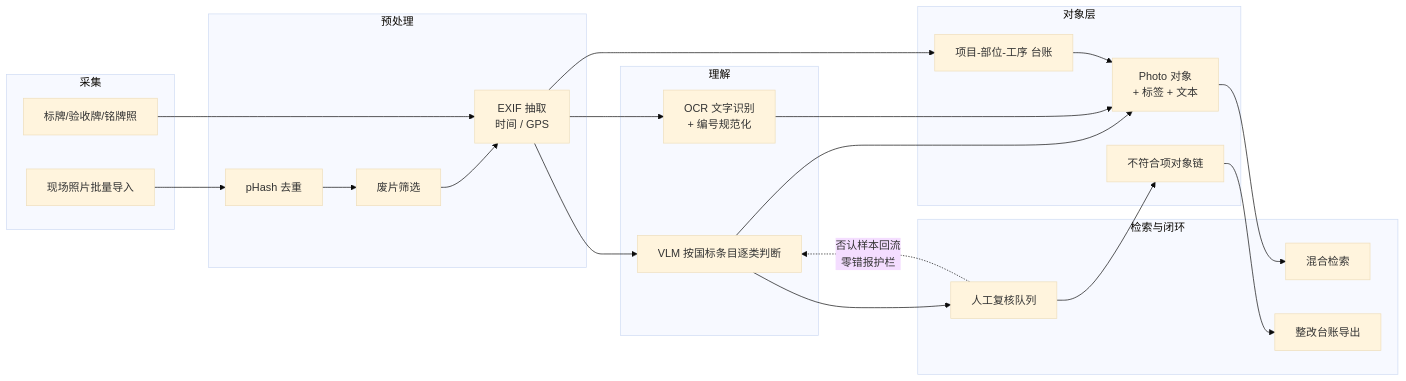
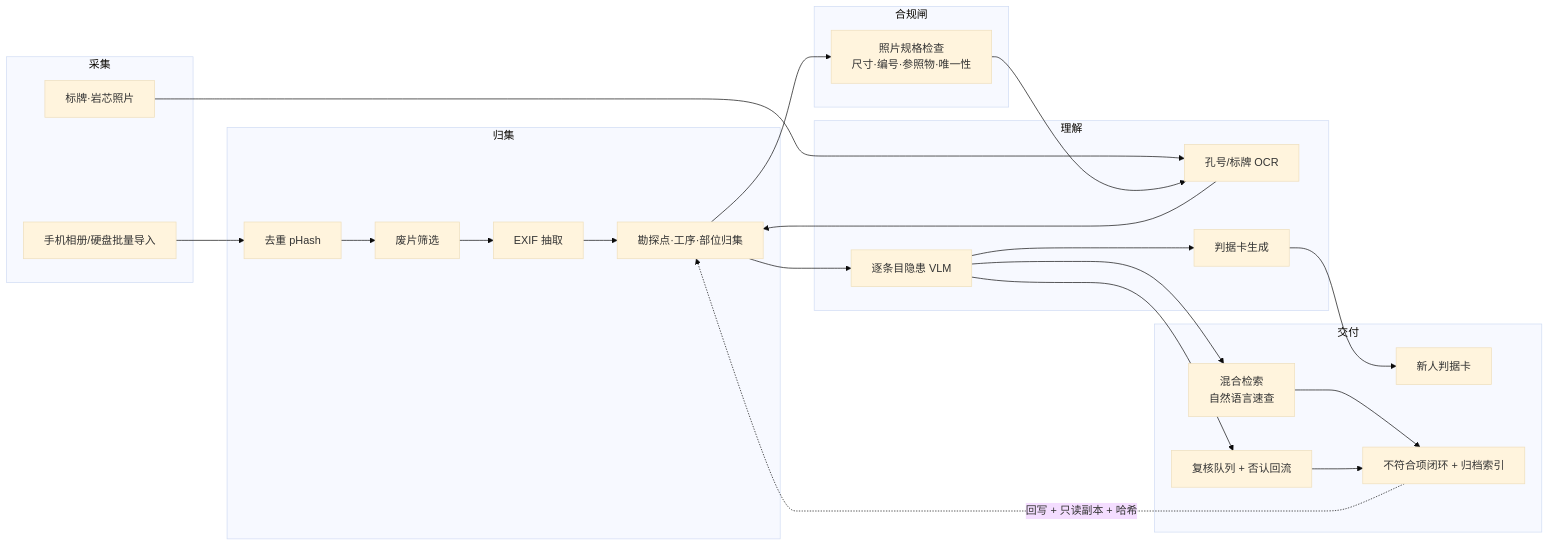
One commit to yhyu13/FDE20261023 changed the diagram in problems/05-山南勘测-现场照片隐患速查.md. Above: the diagram before and after it, drawn with Mermaid (base theme). The commit also changed other lines of this file and 5 other files, not shown here.

````diff
--- a/problems/05-山南勘测-现场照片隐患速查.md
+++ b/problems/05-山南勘测-现场照片隐患速查.md
@@ -174,43 +202,44 @@
 ```mermaid
 flowchart LR
   subgraph 采集
-    A1[现场照片批量导入]
-    A2[标牌/验收牌/铭牌照]
+    A1[手机相册/硬盘批量导入]
+    A2[标牌·岩芯照片]
   end
 
-  subgraph 预处理
-    B1[pHash 去重]
+  subgraph 归集
+    B1[去重 pHash]
     B2[废片筛选]
-    B3[EXIF 抽取<br/>时间 / GPS]
+    B3[EXIF 抽取]
+    B4[勘探点·工序·部位归集]
+  end
+
+  subgraph 合规闸
+    C1[照片规格检查<br/>尺寸·编号·参照物·唯一性]
   end
 
   subgraph 理解
-    C1[VLM 按国标条目逐类判断]
-    C2[OCR 文字识别<br/>+ 编号规范化]
+    D1[孔号/标牌 OCR]
+    D2[逐条目隐患 VLM]
+    D3[判据卡生成]
   end
 
-  subgraph 对象层
-    D1[项目-部位-工序 台账]
-    D2[Photo 对象<br/>+ 标签 + 文本]
-    D3[不符合项对象链]
+  subgraph 交付
+    E1[混合检索<br/>自然语言速查]
+    E2[新人判据卡]
+    E3[不符合项闭环 + 归档索引]
+    E4[复核队列 + 否认回流]
   end
 
-  subgraph 检索与闭环
-    E1[混合检索]
-    E2[人工复核队列]
-    E3[整改台账导出]
-  end
-
-  A1 --> B1 --> B2 --> B3
-  A2 --> B3
-  B3 --> D1
-  B3 --> C1
-  B3 --> C2
-  C1 --> D2
-  C2 --> D2
-  D1 --> D2
+  A1 --> B1 --> B2 --> B3 --> B4 --> C1
+  A2 --> D1
+  C1 --> D1
+  D1 --> B4
+  B4 --> D2
   D2 --> E1
-  C1 --> E2
-  E2 --> D3 --> E3
-  E2 -.否认样本回流<br/>零错报护栏.-> C1
+  D2 --> D3
+  D2 --> E4
+  E1 --> E3
+  E4 --> E3
+  D3 --> E2
+  E3 -.回写 + 只读副本 + 哈希.-> B4
 ```
````
